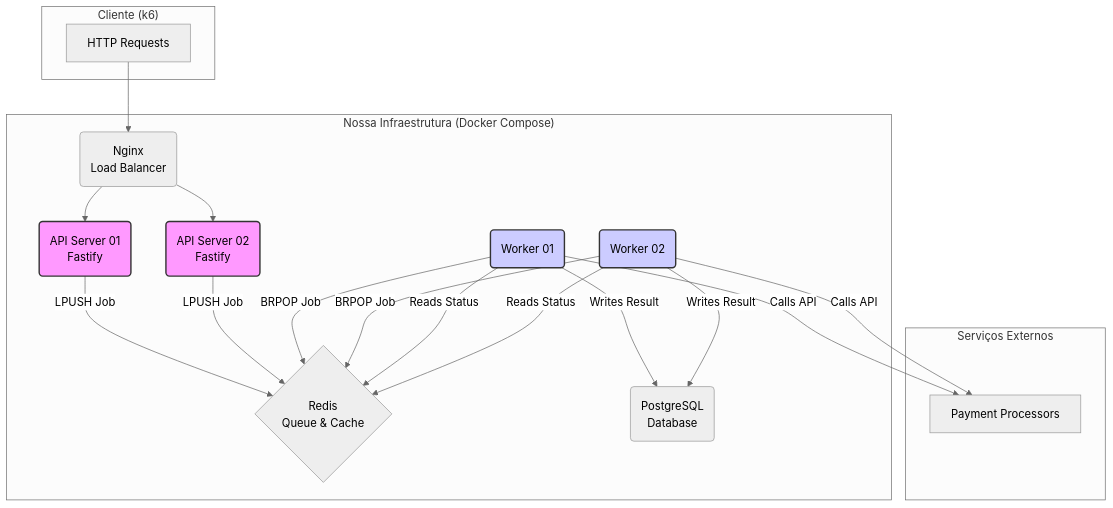
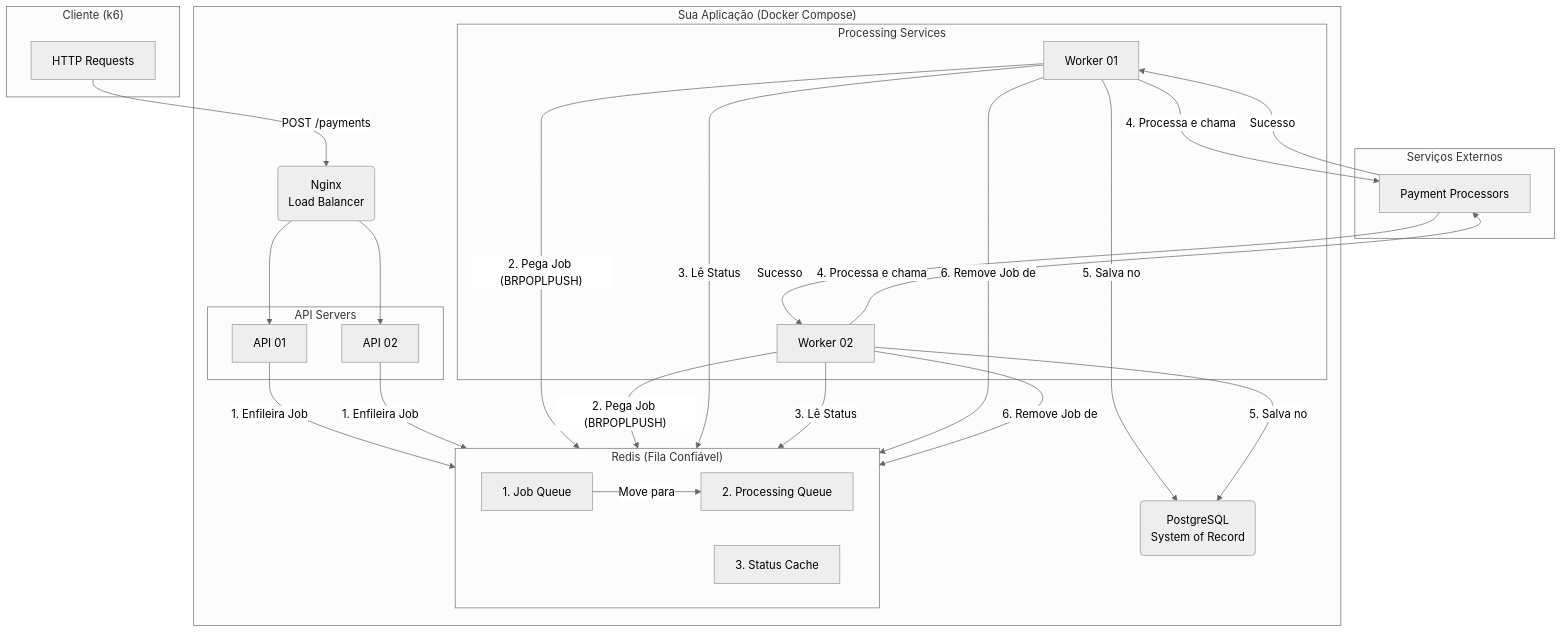
The diagram in participantes/luanvictor-node/README.md (zsantana/rinha-de-backend-2025), drawn with Mermaid (neutral theme) before and after one commit. The commit also changed other lines of this file, not shown here.

Commit message:
docs: atualiza readme

````diff
--- a/participantes/luanvictor-node/README.md
+++ b/participantes/luanvictor-node/README.md
@@ -25,43 +23,48 @@
 ```mermaid
 graph TD
     subgraph "Cliente (k6)"
         A[HTTP Requests]
     end
 
-    subgraph "Nossa Infraestrutura (Docker Compose)"
+    subgraph "Sua Aplicação (Docker Compose)"
         B(Nginx <br> Load Balancer)
-        C1(API Server 01 <br> Fastify)
-        C2(API Server 02 <br> Fastify)
-        D{Redis <br> Queue & Cache}
-        E1(Worker 01)
-        E2(Worker 02)
-        F(PostgreSQL <br> Database)
+        
+        subgraph "API Servers"
+            C1[API 01]
+            C2[API 02]
+        end
+
+        subgraph "Processing Services"
+            E1[Worker 01]
+            E2[Worker 02]
+        end
+        
+        subgraph "Redis (Fila Confiável)"
+            direction LR
+            D1[1. Job Queue]
+            D2[2. Processing Queue]
+            D3[3. Status Cache]
+        end
+        
+        F(PostgreSQL <br> System of Record)
     end
-
+    
     subgraph "Serviços Externos"
         G[Payment Processors]
     end
 
-    A --> B
-    B --> C1
-    B --> C2
-    C1 -- LPUSH Job --> D
-    C2 -- LPUSH Job --> D
+    A -- POST /payments --> B
+    B --> C1 & C2
+    C1 & C2 -- 1. Enfileira Job --> D1
+    
+    E1 & E2 -- 2. Pega Job (BRPOPLPUSH) --> D1
+    D1 -- Move para --> D2
+    
+    E1 & E2 -- 3. Lê Status --> D3
+    E1 & E2 -- 4. Processa e chama --> G
+    
+    G -- Sucesso --> E1 & E2
 
-    E1 -- BRPOP Job --> D
-    E2 -- BRPOP Job --> D
-
-    E1 -- Reads Status --> D
-    E2 -- Reads Status --> D
-
-    E1 -- Calls API --> G
-    E2 -- Calls API --> G
-
-    E1 -- Writes Result --> F
-    E2 -- Writes Result --> F
-
-    style C1 fill:#f9f,stroke:#333,stroke-width:2px
-    style C2 fill:#f9f,stroke:#333,stroke-width:2px
-    style E1 fill:#ccf,stroke:#333,stroke-width:2px
-    style E2 fill:#ccf,stroke:#333,stroke-width:2px
+    E1 & E2 -- 5. Salva no --> F
+    E1 & E2 -- 6. Remove Job de --> D2
 ```
````
